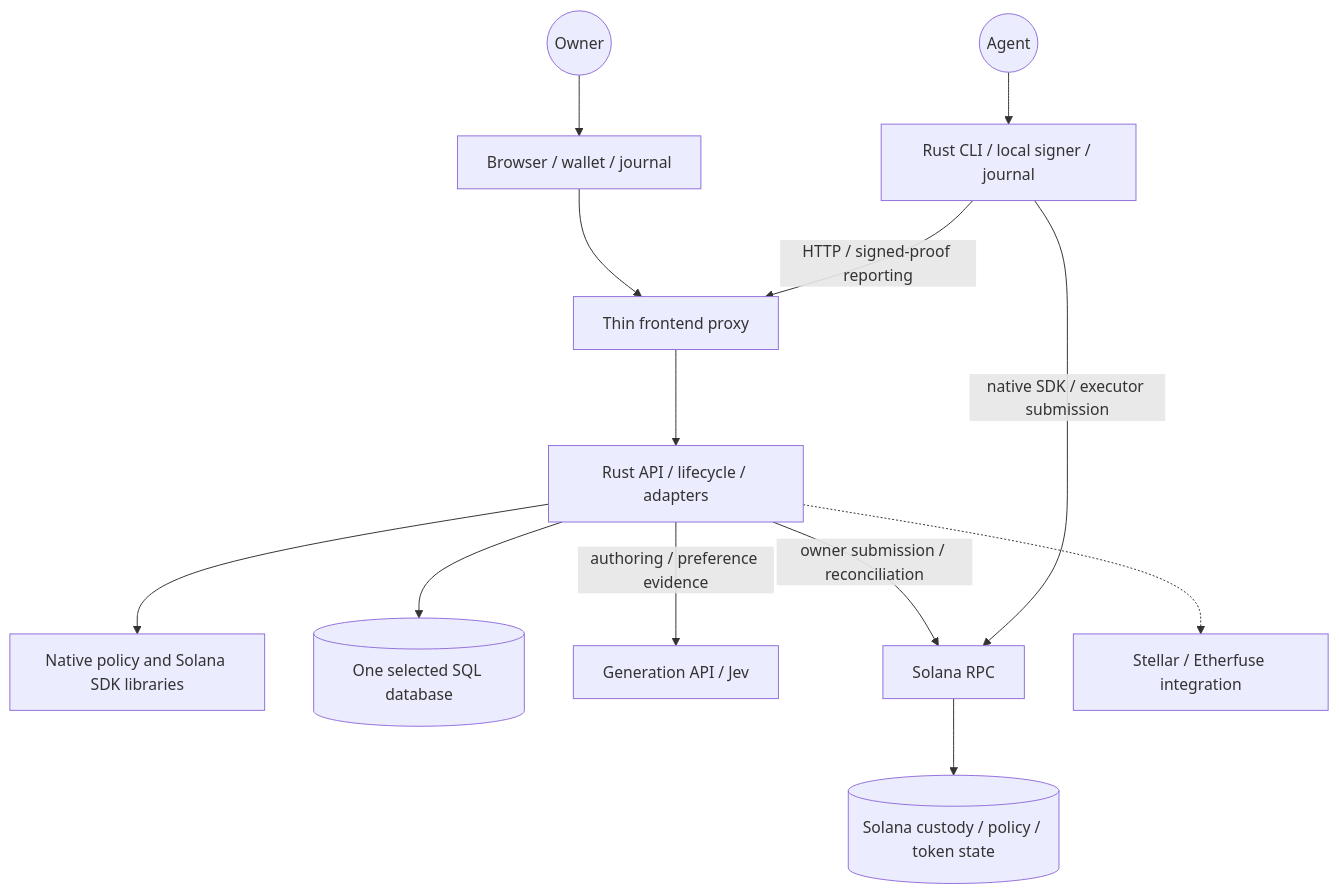
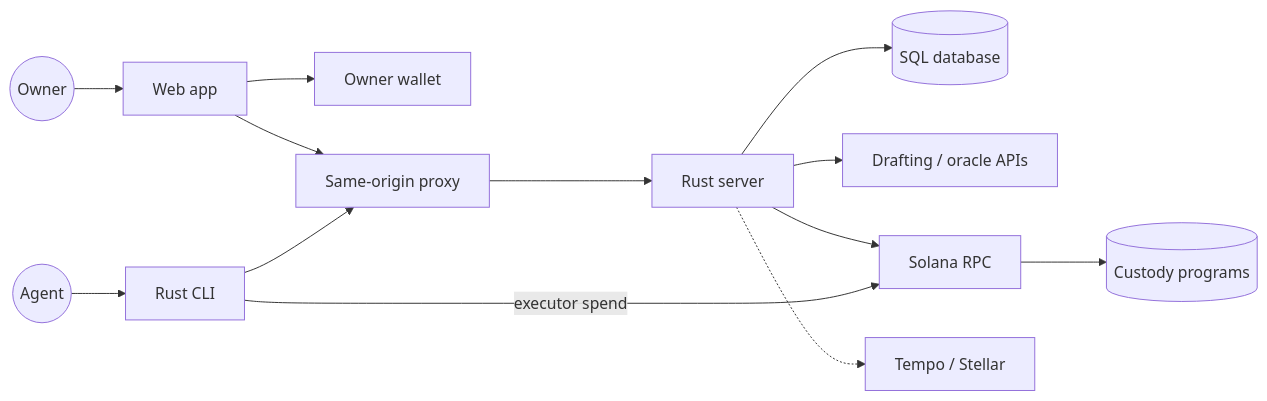
One commit to AllowIt-hq/Colosseum changed the first of 8 diagrams in docs/architecture.md. Above: the diagram before and after it, drawn with Mermaid. The commit also changed other lines of this file and 4 other files, not shown here.

Commit message:
docs: explain architecture decisions and hackathon requirements

````diff
--- a/docs/architecture.md
+++ b/docs/architecture.md
@@ -11,15 +7,15 @@
 ```mermaid
-flowchart TB
-    Owner((Owner)) --> Web[Browser / wallet / journal]
-    Agent((Agent)) --> CLI[Rust CLI / local signer / journal]
-    Web --> Proxy[Thin frontend proxy]
-    CLI -->|HTTP / signed-proof reporting| Proxy
-    Proxy --> Backend[Rust API / lifecycle / adapters]
-    Backend --> SDK[Native policy and Solana SDK libraries]
-    Backend --> SQL[(One selected SQL database)]
-    Backend -->|authoring / preference evidence| Providers[Generation API / Jev]
-    Backend -->|owner submission / reconciliation| RPC[Solana RPC]
-    CLI -->|native SDK / executor submission| RPC
-    RPC --> Chain[(Solana custody / policy / token state)]
-    Backend -.-> Future[Stellar / Etherfuse integration]
+flowchart LR
+    Owner((Owner)) --> Web[Web app]
+    Web --> Wallet[Owner wallet]
+    Agent((Agent)) --> CLI[Rust CLI]
+    Web --> Proxy[Same-origin proxy]
+    CLI --> Proxy
+    Proxy --> Server[Rust server]
+    Server --> SQL[(SQL database)]
+    Server --> AI[Drafting / oracle APIs]
+    Server --> RPC[Solana RPC]
+    CLI -->|executor spend| RPC
+    RPC --> Programs[(Custody programs)]
+    Server -.-> Rails[Tempo / Stellar]
 ```
````
